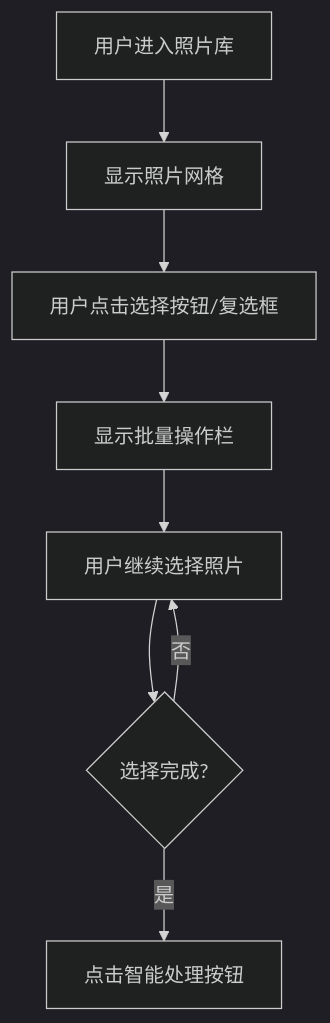
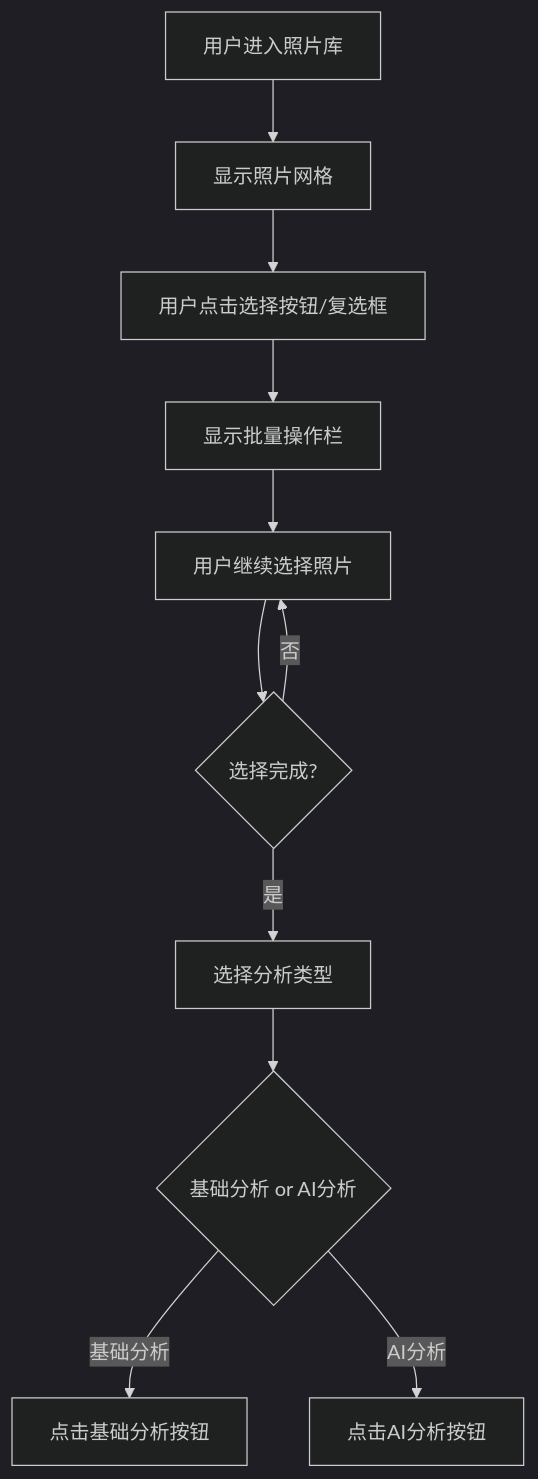
The first of 2 diagrams in photos_org/doc/选择智能处理功能详细设计文档.md (alvaxu/photo-org), drawn with Mermaid (dark theme) before and after one commit. The commit also changed other lines of this file and 27 other files, not shown here.

````diff
--- a/photos_org/doc/选择智能处理功能详细设计文档.md
+++ b/photos_org/doc/选择智能处理功能详细设计文档.md
@@ -270,10 +270,13 @@
 ```mermaid
 graph TD
     A[用户进入照片库] --> B[显示照片网格]
     B --> C[用户点击选择按钮/复选框]
     C --> D[显示批量操作栏]
     D --> E[用户继续选择照片]
     E --> F{选择完成?}
     F -->|否| E
-    F -->|是| G[点击智能处理按钮]
+    F -->|是| G[选择分析类型]
+    G --> H{基础分析 or AI分析}
+    H -->|基础分析| I[点击基础分析按钮]
+    H -->|AI分析| J[点击AI分析按钮]
 ```
````
